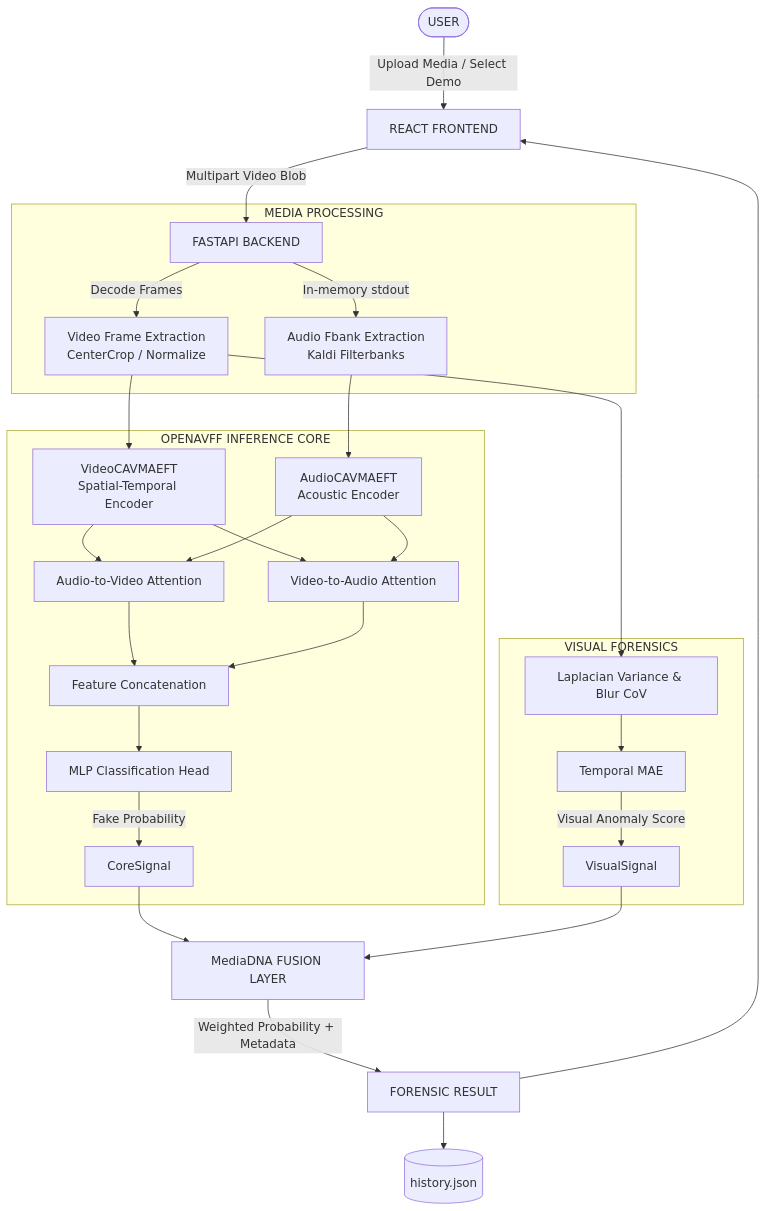
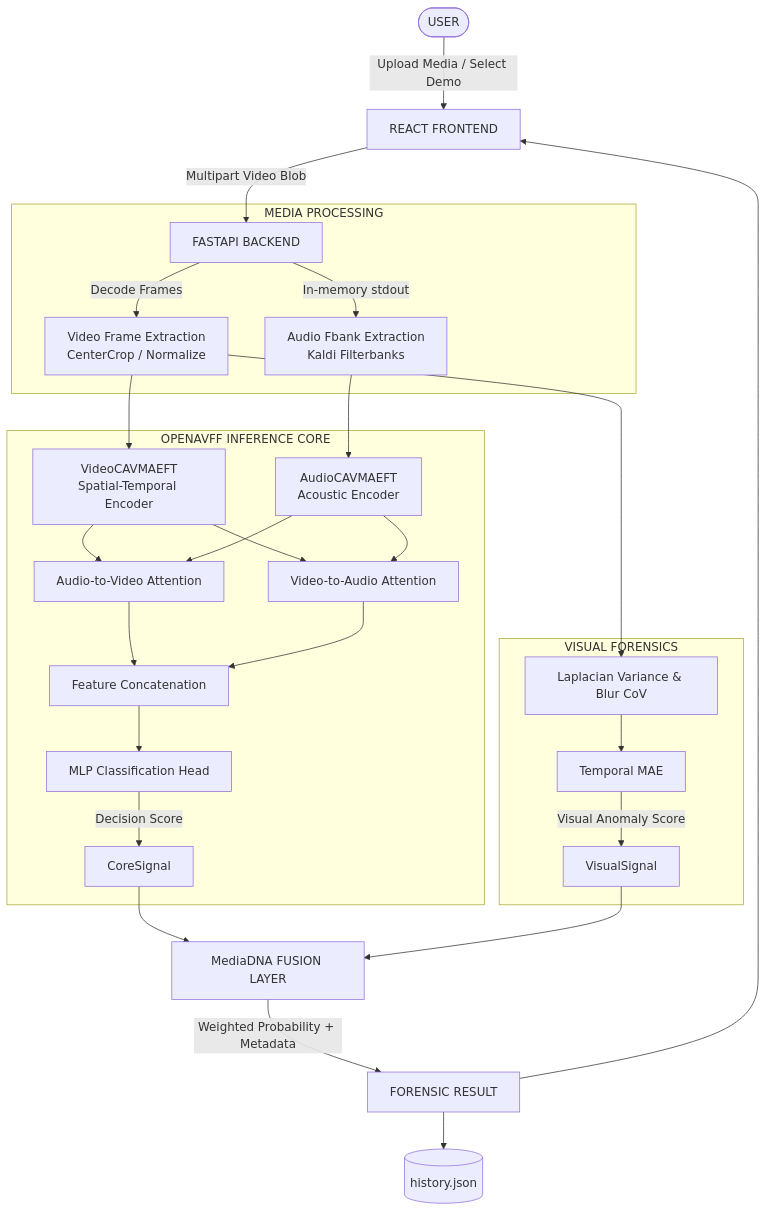
Before and after one commit to NaveenCK-10/MediaDNA: the diagram in docs/ARCHITECTURE.md, drawn with Mermaid. The commit also changed 37 other files, not shown here.

````diff
--- a/docs/ARCHITECTURE.md
+++ b/docs/ARCHITECTURE.md
@@ -7,40 +7,40 @@
 ```mermaid
 flowchart TD
     User([USER]) -->|Upload Media / Select Demo| UI[REACT FRONTEND]
     UI -->|Multipart Video Blob| API[FASTAPI BACKEND]
     
     subgraph MEDIA PROCESSING
         API -->|Decode Frames| Video[Video Frame Extraction\nCenterCrop / Normalize]
         API -->|In-memory stdout| Audio[Audio Fbank Extraction\nKaldi Filterbanks]
     end
 
     subgraph OPENAVFF INFERENCE CORE
         Video --> V_Enc[VideoCAVMAEFT\nSpatial-Temporal Encoder]
         Audio --> A_Enc[AudioCAVMAEFT\nAcoustic Encoder]
         
         V_Enc --> A2V[Audio-to-Video Attention]
         A_Enc --> A2V
         
         V_Enc --> V2A[Video-to-Audio Attention]
         A_Enc --> V2A
         
         A2V --> Concat[Feature Concatenation]
         V2A --> Concat
         
         Concat --> MLP[MLP Classification Head]
-        MLP -->|Fake Probability| CoreSignal
+        MLP -->|Decision Score| CoreSignal
     end
     
     subgraph VISUAL FORENSICS
         Video --> SpatialCalc[Laplacian Variance & Blur CoV]
         SpatialCalc --> FrameDiff[Temporal MAE]
         FrameDiff -->|Visual Anomaly Score| VisualSignal
     end
 
     CoreSignal --> FUSION[MediaDNA FUSION LAYER]
     VisualSignal --> FUSION
     
     FUSION -->|Weighted Probability + Metadata| Result[FORENSIC RESULT]
     Result --> UI
     Result --> History[(history.json)]
 ```
````
